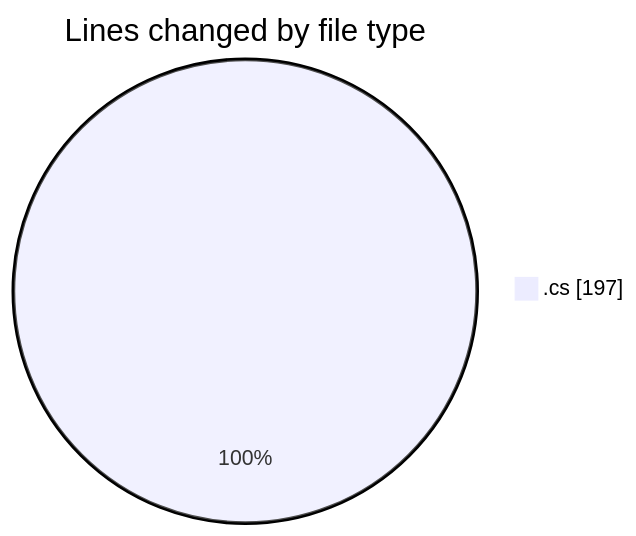
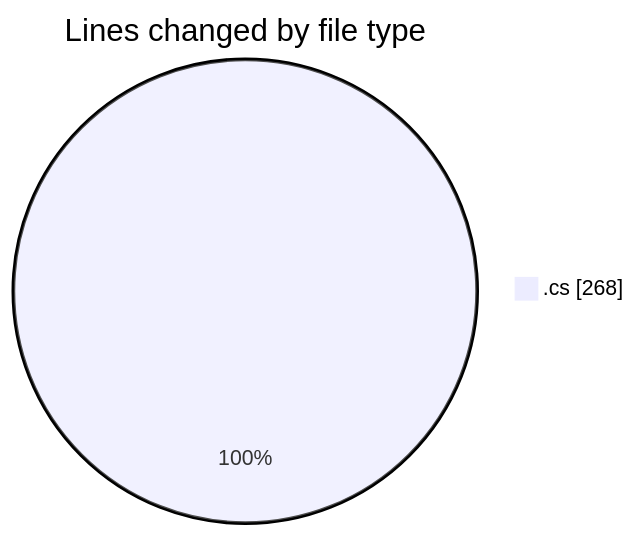
Before and after one commit to Unknowalive/code-tracking: the first of 2 diagrams in 2026-08-27/immersive_codes/README.md, drawn with Mermaid. The commit also changed other lines of this file and 1 other file, not shown here.

````diff
--- a/2026-08-27/immersive_codes/README.md
+++ b/2026-08-27/immersive_codes/README.md
@@ -23,5 +24,5 @@
 ```mermaid
 pie showData
 title Lines changed by file type
-".cs" : 197
+".cs" : 268
 ```
````
